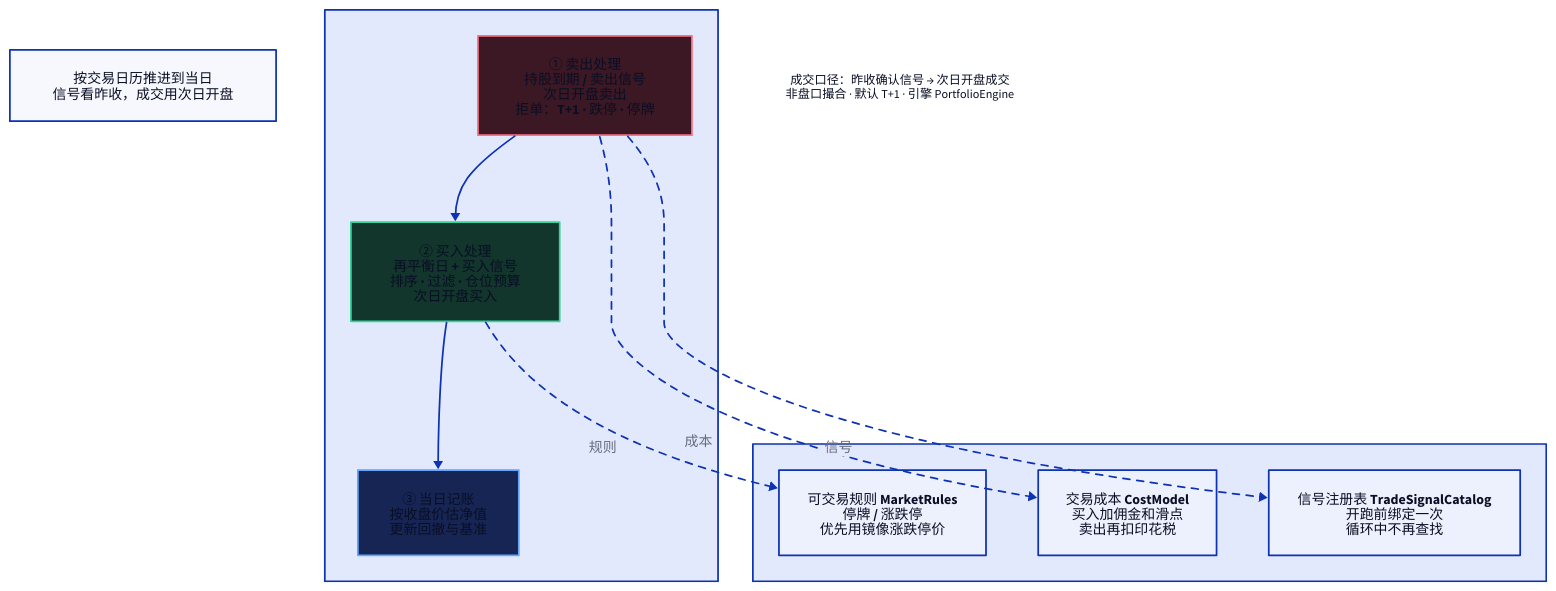
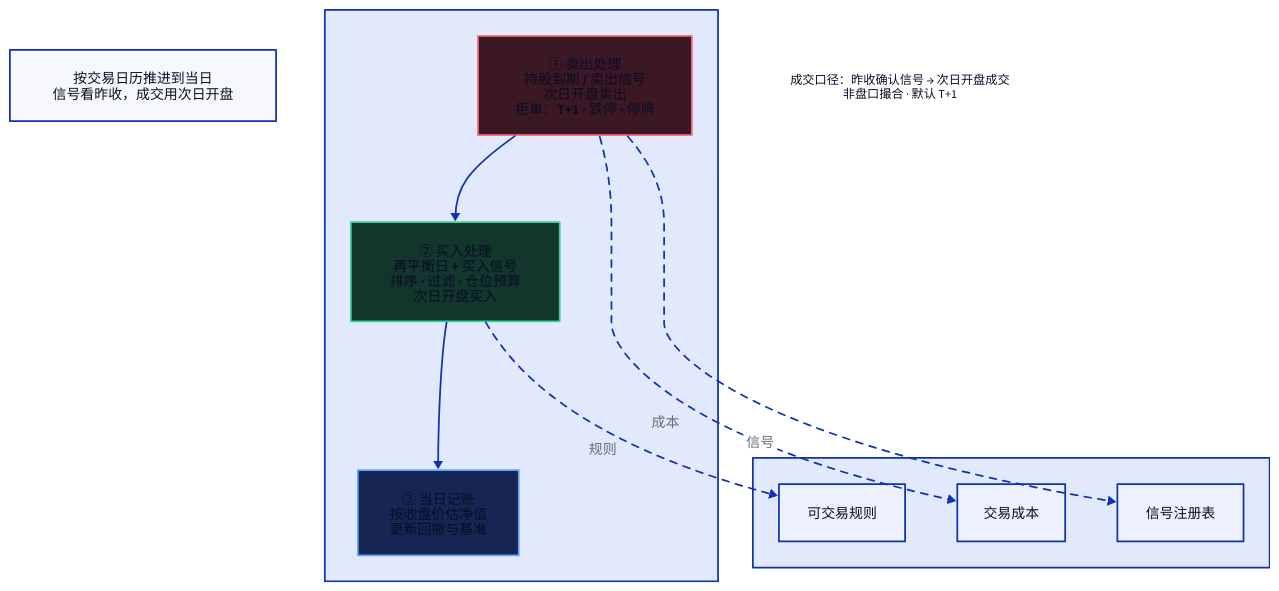
Before and after one commit to Saka9527/gaoneng-quant: the diagram in diagrams/d2/day-loop.d2, drawn with D2. The commit also changed 11 other files, not shown here.

Commit message:
Keep only the Chinese labels on the design diagrams.

```diff
--- a/diagrams/d2/day-loop.d2
+++ b/diagrams/d2/day-loop.d2
@@ -1,38 +1,38 @@
 direction: down
 
 header: "按交易日历推进到当日\n信号看昨收，成交用次日开盘" {
   style.font-size: 16
 }
 
 loop: "" {
   direction: right
   sell: "① 卖出处理\n持股到期 / 卖出信号\n次日开盘卖出\n拒单：T+1 · 跌停 · 停牌" {
     style.fill: "#3b1824"
     style.stroke: "#fb7185"
   }
   buy: "② 买入处理\n再平衡日 + 买入信号\n排序 · 过滤 · 仓位预算\n次日开盘买入" {
     style.fill: "#12352c"
     style.stroke: "#34d399"
   }
   mark: "③ 当日记账\n按收盘价估净值\n更新回撤与基准" {
     style.fill: "#172554"
     style.stroke: "#60a5fa"
   }
   sell -> buy -> mark
 }
 
 rules: "" {
   direction: right
-  cost: "交易成本 CostModel\n买入加佣金和滑点\n卖出再扣印花税"
-  market: "可交易规则 MarketRules\n停牌 / 涨跌停\n优先用镜像涨跌停价"
-  catalog: "信号注册表 TradeSignalCatalog\n开跑前绑定一次\n循环中不再查找"
+  cost: "交易成本"
+  market: "可交易规则"
+  catalog: "信号注册表"
 }
 
 loop.sell -> rules.cost: 成本 {style.stroke-dash: 4}
 loop.buy -> rules.market: 规则 {style.stroke-dash: 4}
 loop.sell -> rules.catalog: 信号 {style.stroke-dash: 4}
 
-footer: "成交口径：昨收确认信号 → 次日开盘成交\n非盘口撮合 · 默认 T+1 · 引擎 PortfolioEngine" {
+footer: "成交口径：昨收确认信号 → 次日开盘成交\n非盘口撮合 · 默认 T+1" {
   shape: text
   style.font-size: 14
 }
```
